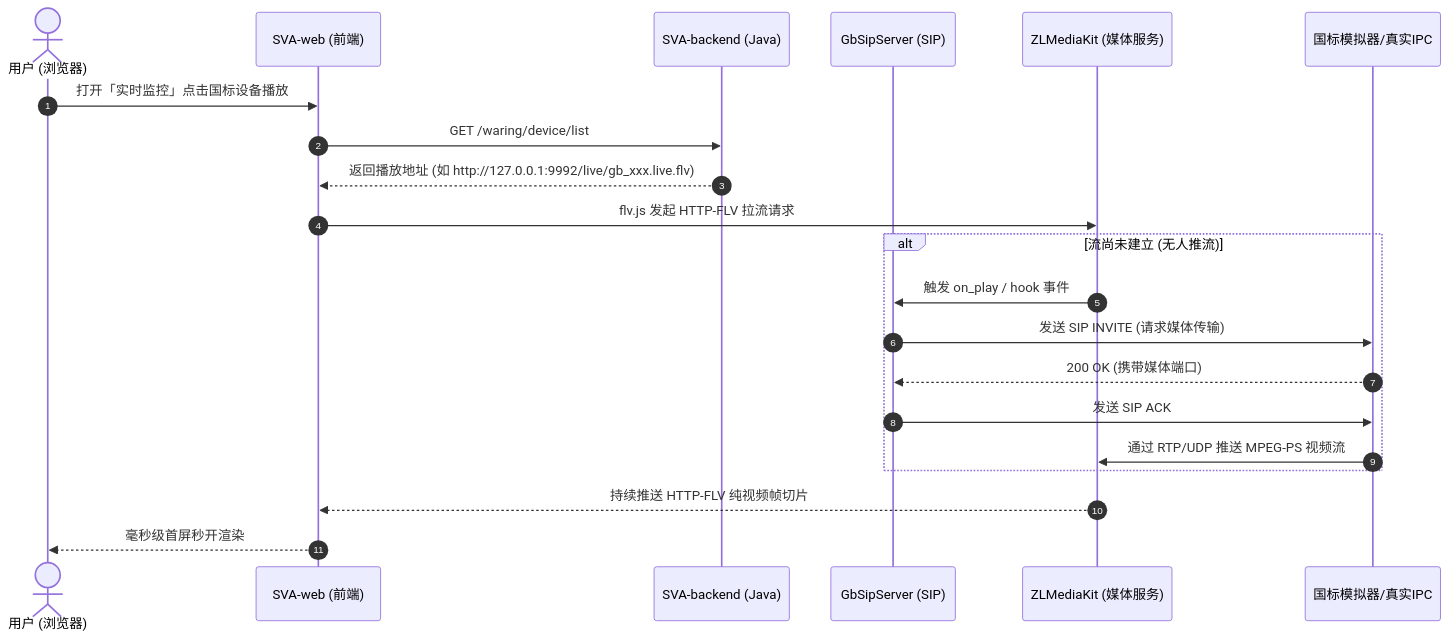
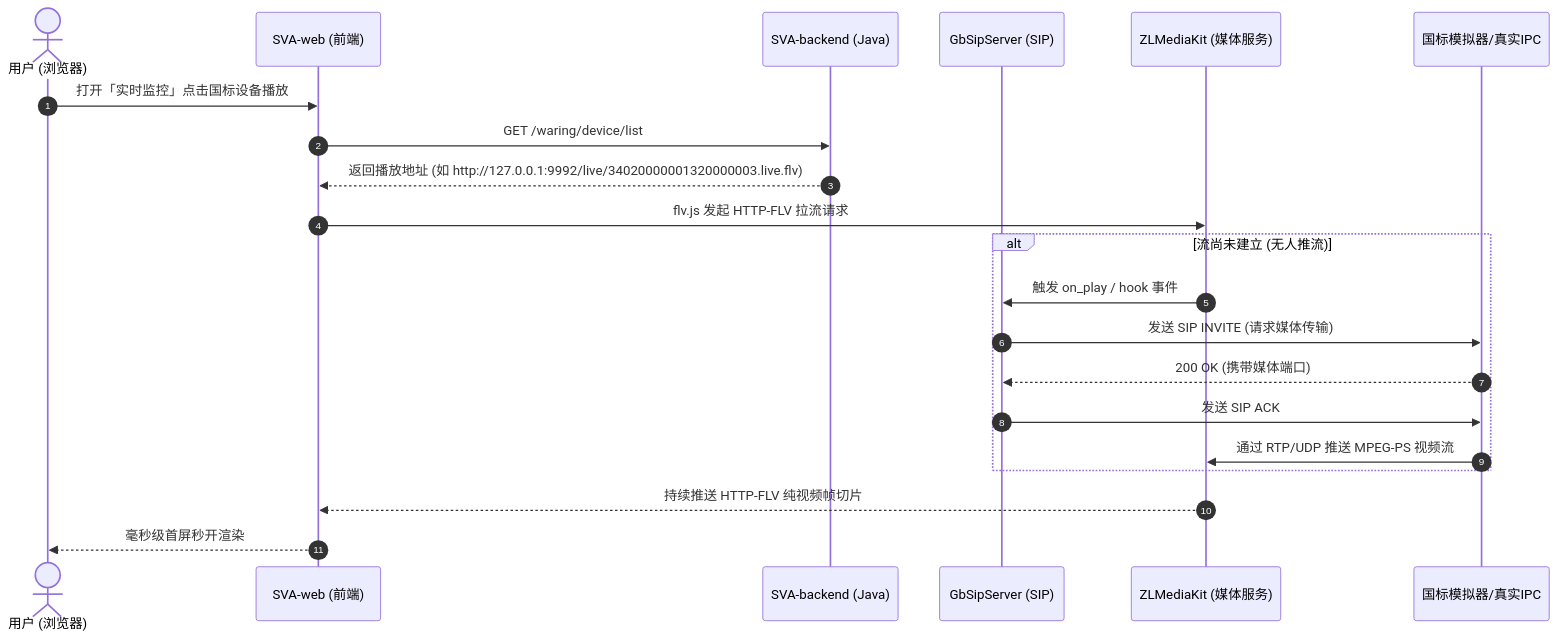
Before and after one commit to Elaina168/easySVA: the second of 5 diagrams in docs/course_deliverables/02_架构设计文档.md, drawn with Mermaid. The commit also changed other lines of this file and 10 other files, not shown here.

Commit message:
docs: 交付 v2.5 全套软件工程设计、测试与运维规范文档及架构图集

````diff
--- a/docs/course_deliverables/02_架构设计文档.md
+++ b/docs/course_deliverables/02_架构设计文档.md
@@ -96,24 +106,24 @@
 ```mermaid
 sequenceDiagram
     autonumber
     actor User as 用户 (浏览器)
     participant Web as SVA-web (前端)
     participant Java as SVA-backend (Java)
     participant GbSip as GbSipServer (SIP)
     participant ZLM as ZLMediaKit (媒体服务)
     participant Sim as 国标模拟器/真实IPC
 
     User->>Web: 打开「实时监控」点击国标设备播放
     Web->>Java: GET /waring/device/list
-    Java-->>Web: 返回播放地址 (如 http://127.0.0.1:9992/live/gb_xxx.live.flv)
+    Java-->>Web: 返回播放地址 (如 http://127.0.0.1:9992/live/34020000001320000003.live.flv)
     Web->>ZLM: flv.js 发起 HTTP-FLV 拉流请求
     alt 流尚未建立 (无人推流)
         ZLM->>GbSip: 触发 on_play / hook 事件
         GbSip->>Sim: 发送 SIP INVITE (请求媒体传输)
         Sim-->>GbSip: 200 OK (携带媒体端口)
         GbSip->>Sim: 发送 SIP ACK
         Sim->>ZLM: 通过 RTP/UDP 推送 MPEG-PS 视频流
     end
     ZLM-->>Web: 持续推送 HTTP-FLV 纯视频帧切片
     Web-->>User: 毫秒级首屏秒开渲染
 ```
````
